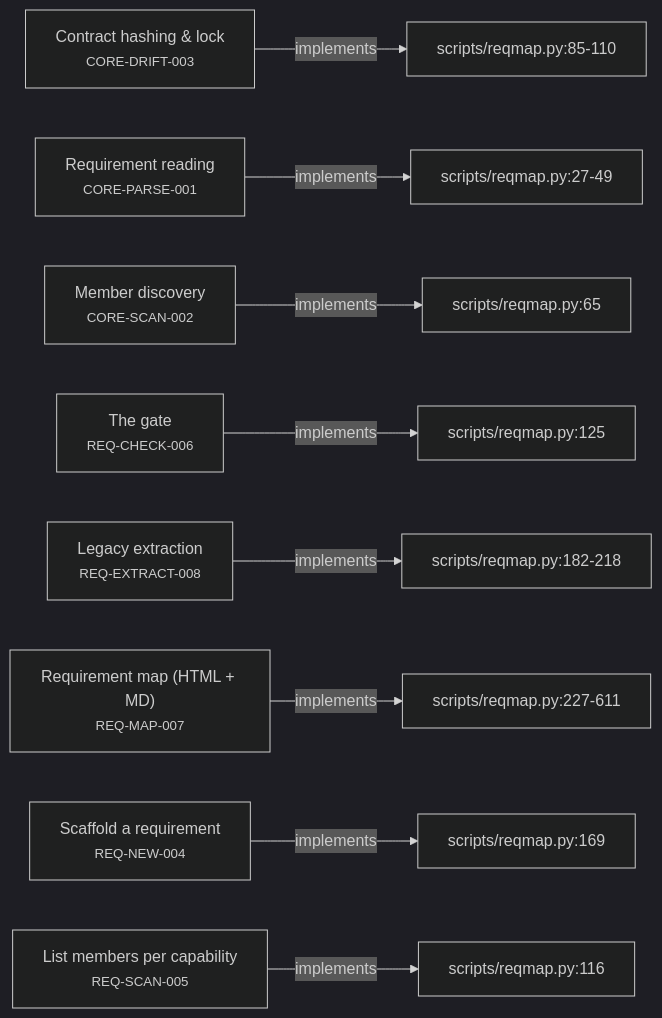
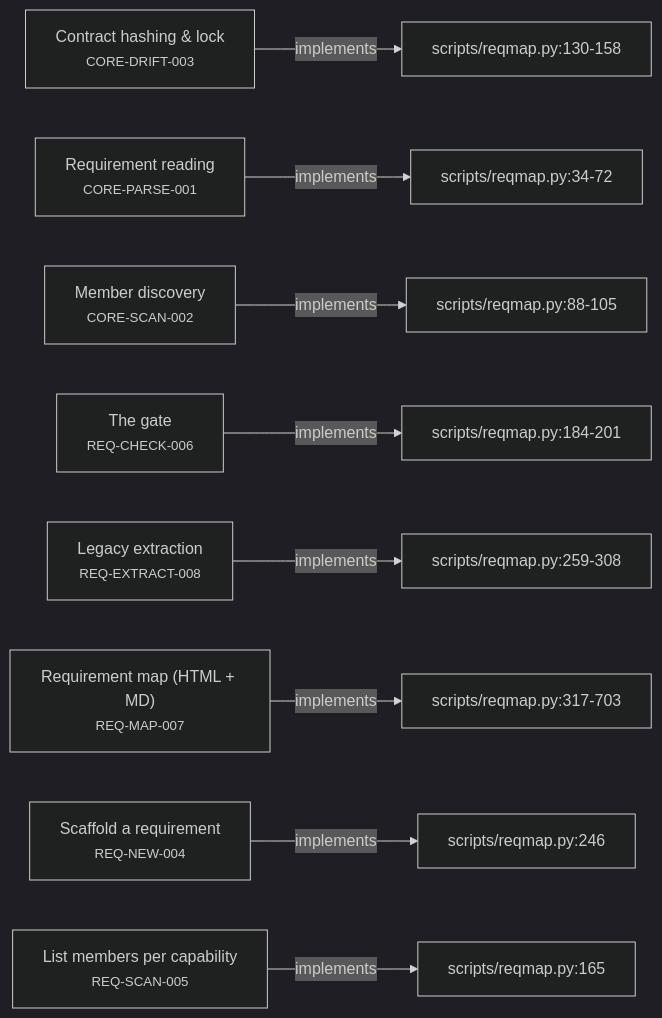
The second of 5 diagrams in plugin/requirements/_map.md (alxmax/Requirement-manager), drawn with Mermaid (dark theme) before and after one commit. The commit also changed other lines of this file and 3 other files, not shown here.

````diff
--- a/plugin/requirements/_map.md
+++ b/plugin/requirements/_map.md
@@ -38,27 +38,27 @@
 ```mermaid
 graph LR
   CORE_DRIFT_003["Contract hashing & lock<br><small>CORE-DRIFT-003</small>"]
-  f_scripts_reqmap_py_85_110["scripts/reqmap.py:85-110"]
-  CORE_DRIFT_003 -->|implements| f_scripts_reqmap_py_85_110
+  f_scripts_reqmap_py_130_158["scripts/reqmap.py:130-158"]
+  CORE_DRIFT_003 -->|implements| f_scripts_reqmap_py_130_158
   CORE_PARSE_001["Requirement reading<br><small>CORE-PARSE-001</small>"]
-  f_scripts_reqmap_py_27_49["scripts/reqmap.py:27-49"]
-  CORE_PARSE_001 -->|implements| f_scripts_reqmap_py_27_49
+  f_scripts_reqmap_py_34_72["scripts/reqmap.py:34-72"]
+  CORE_PARSE_001 -->|implements| f_scripts_reqmap_py_34_72
   CORE_SCAN_002["Member discovery<br><small>CORE-SCAN-002</small>"]
-  f_scripts_reqmap_py_65["scripts/reqmap.py:65"]
-  CORE_SCAN_002 -->|implements| f_scripts_reqmap_py_65
+  f_scripts_reqmap_py_88_105["scripts/reqmap.py:88-105"]
+  CORE_SCAN_002 -->|implements| f_scripts_reqmap_py_88_105
   REQ_CHECK_006["The gate<br><small>REQ-CHECK-006</small>"]
-  f_scripts_reqmap_py_125["scripts/reqmap.py:125"]
-  REQ_CHECK_006 -->|implements| f_scripts_reqmap_py_125
+  f_scripts_reqmap_py_184_201["scripts/reqmap.py:184-201"]
+  REQ_CHECK_006 -->|implements| f_scripts_reqmap_py_184_201
   REQ_EXTRACT_008["Legacy extraction<br><small>REQ-EXTRACT-008</small>"]
-  f_scripts_reqmap_py_182_218["scripts/reqmap.py:182-218"]
-  REQ_EXTRACT_008 -->|implements| f_scripts_reqmap_py_182_218
+  f_scripts_reqmap_py_259_308["scripts/reqmap.py:259-308"]
+  REQ_EXTRACT_008 -->|implements| f_scripts_reqmap_py_259_308
   REQ_MAP_007["Requirement map (HTML + MD)<br><small>REQ-MAP-007</small>"]
-  f_scripts_reqmap_py_227_611["scripts/reqmap.py:227-611"]
-  REQ_MAP_007 -->|implements| f_scripts_reqmap_py_227_611
+  f_scripts_reqmap_py_317_703["scripts/reqmap.py:317-703"]
+  REQ_MAP_007 -->|implements| f_scripts_reqmap_py_317_703
   REQ_NEW_004["Scaffold a requirement<br><small>REQ-NEW-004</small>"]
-  f_scripts_reqmap_py_169["scripts/reqmap.py:169"]
-  REQ_NEW_004 -->|implements| f_scripts_reqmap_py_169
+  f_scripts_reqmap_py_246["scripts/reqmap.py:246"]
+  REQ_NEW_004 -->|implements| f_scripts_reqmap_py_246
   REQ_SCAN_005["List members per capability<br><small>REQ-SCAN-005</small>"]
-  f_scripts_reqmap_py_116["scripts/reqmap.py:116"]
-  REQ_SCAN_005 -->|implements| f_scripts_reqmap_py_116
+  f_scripts_reqmap_py_165["scripts/reqmap.py:165"]
+  REQ_SCAN_005 -->|implements| f_scripts_reqmap_py_165
 ```
````
